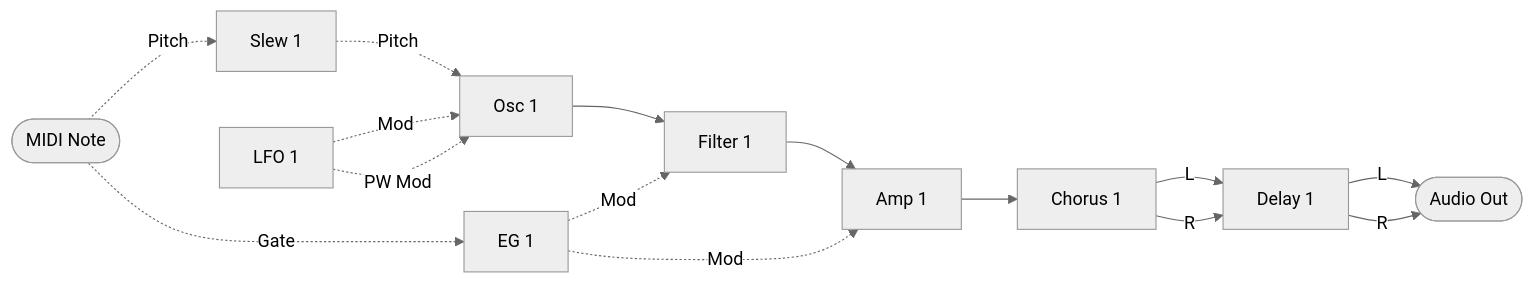
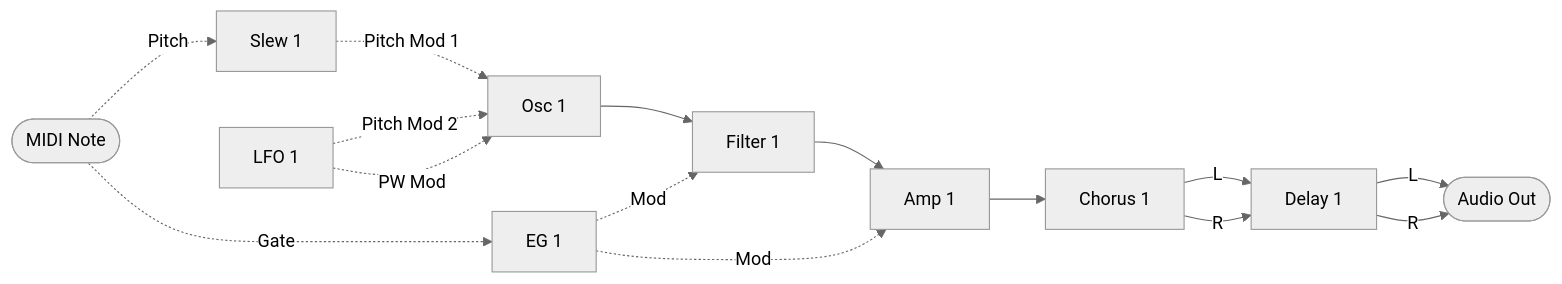
Before and after one commit to risgk/midi_synthesizer_spms1: the first of 6 diagrams in spms1_type2/README.ja.md, drawn with Mermaid (neutral theme). The commit also changed other lines of this file and 8 other files, not shown here.

First line of the commit message:
type-2: Call Osc 1's pitch inputs Pitch Mod 1 and Pitch Mod 2, and give Pitch Mod 1 a depth of its own

````diff
--- a/spms1_type2/README.ja.md
+++ b/spms1_type2/README.ja.md
@@ -136,29 +136,29 @@
 ```mermaid
 flowchart LR
   NOTE([MIDI Note])
   SLEW[Slew 1]
   LFO[LFO 1]
   EG[EG 1]
   OSC[Osc 1]
   FILTER[Filter 1]
   AMP[Amp 1]
   CHORUS[Chorus 1]
   DELAY[Delay 1]
   OUT([Audio Out])
 
   OSC --> FILTER
   FILTER --> AMP
   AMP --> CHORUS
   CHORUS -->|L| DELAY
   CHORUS -->|R| DELAY
   DELAY -->|L| OUT
   DELAY -->|R| OUT
 
   NOTE -. Gate .-> EG
   NOTE -. Pitch .-> SLEW
-  SLEW -. Pitch .-> OSC
-  LFO -. Mod .-> OSC
+  SLEW -. Pitch Mod 1 .-> OSC
+  LFO -. Pitch Mod 2 .-> OSC
   LFO -. PW Mod .-> OSC
   EG -. Mod .-> FILTER
   EG -. Mod .-> AMP
 ```
````
